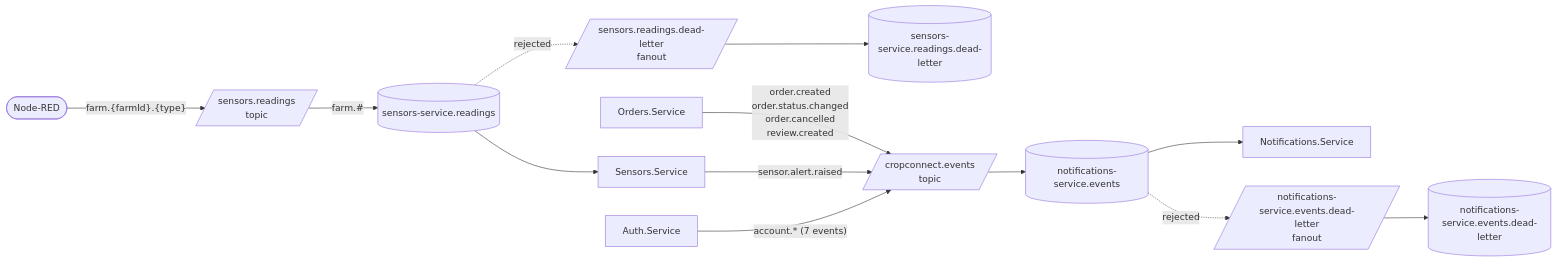
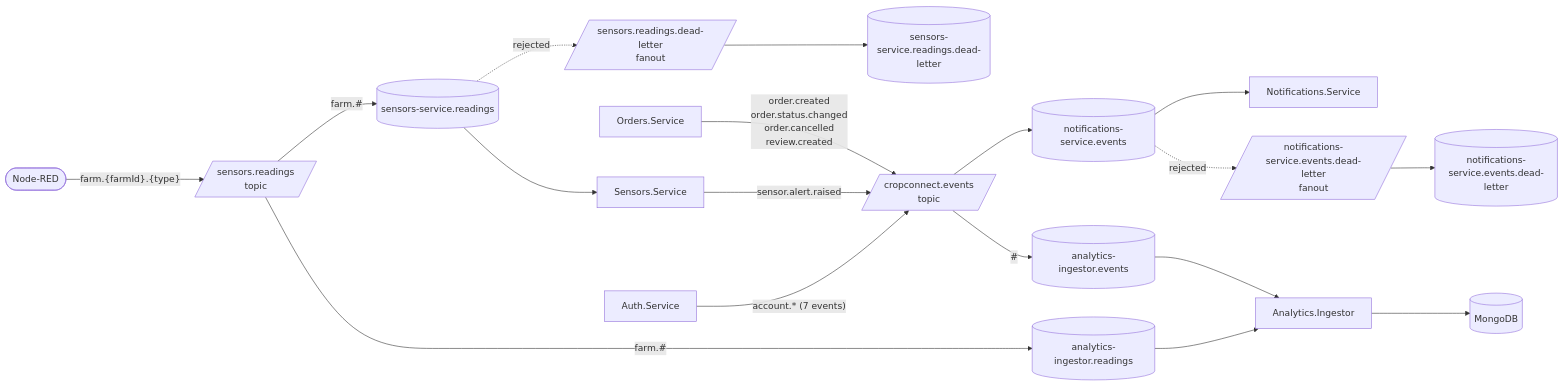
The diagram in docs/messaging.md (brndz1/CropConnect), drawn with Mermaid before and after one commit. The commit also changed other lines of this file and 6 other files, not shown here.

First line of the commit message:
docs: Describe the analytics ingestor, the raw zone and the backfill

````diff
--- a/docs/messaging.md
+++ b/docs/messaging.md
@@ -7,14 +7,18 @@
 ```mermaid
 flowchart LR
     nr([Node-RED]) -- "farm.{farmId}.{type}" --> rx[/sensors.readings<br/>topic/]
     rx -- "farm.#" --> rq[(sensors-service.readings)]
     rq --> sensors[Sensors.Service]
     rq -. rejected .-> rdlx[/sensors.readings.dead-letter<br/>fanout/] --> rdlq[(sensors-service.readings.dead-letter)]
 
     orders[Orders.Service] -- "order.created<br/>order.status.changed<br/>order.cancelled<br/>review.created" --> ex[/cropconnect.events<br/>topic/]
     sensors -- sensor.alert.raised --> ex
     auth[Auth.Service] -- "account.* (7 events)" --> ex
     ex --> nq[(notifications-service.events)]
     nq --> notif[Notifications.Service]
     nq -. rejected .-> ndlx[/notifications-service.events.dead-letter<br/>fanout/] --> ndlq[(notifications-service.events.dead-letter)]
+
+    ex -- "#" --> aeq[(analytics-ingestor.events)]
+    rx -- "farm.#" --> arq[(analytics-ingestor.readings)]
+    aeq & arq --> ingestor[Analytics.Ingestor] --> mongo[(MongoDB)]
 ```
````
